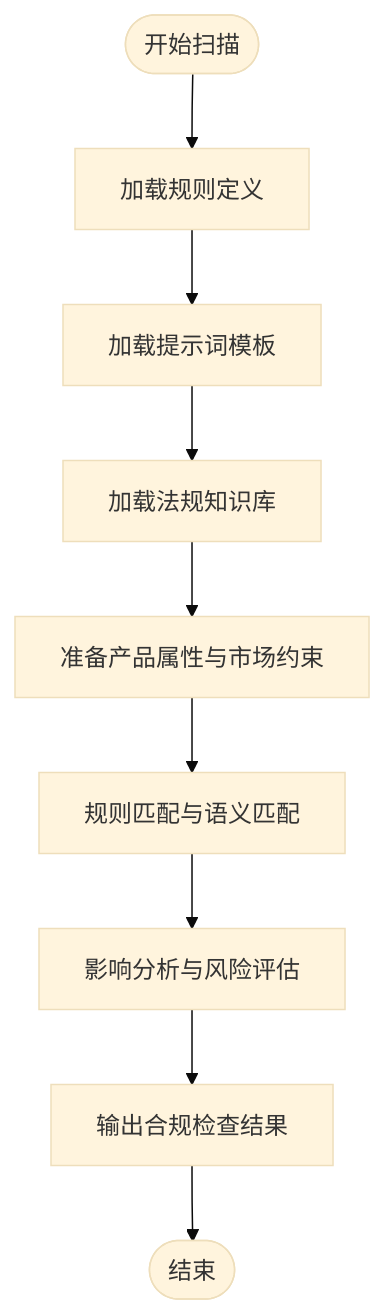
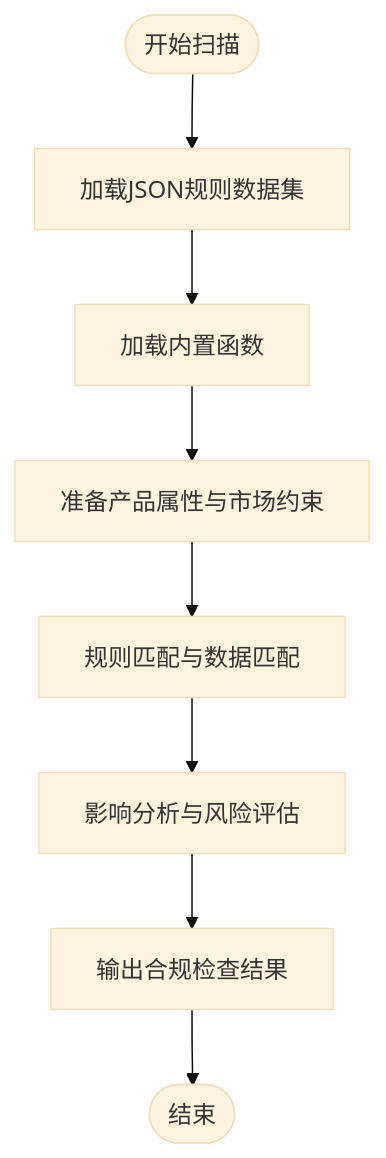
Before and after one commit to angledick/-: the fourth of 10 diagrams in .qoder/repowiki/zh/content/核心业务模块/合规检查系统/合规检查系统.md, drawn with Mermaid (base theme). The commit also changed other lines of this file and 770 other files, not shown here.

````diff
--- a/.qoder/repowiki/zh/content/核心业务模块/合规检查系统/合规检查系统.md
+++ b/.qoder/repowiki/zh/content/核心业务模块/合规检查系统/合规检查系统.md
@@ -151,11 +212,10 @@
 ```mermaid
 flowchart TD
-Start(["开始扫描"]) --> LoadRules["加载规则定义"]
-LoadRules --> LoadPrompt["加载提示词模板"]
-LoadPrompt --> LoadKB["加载法规知识库"]
-LoadKB --> PrepareInput["准备产品属性与市场约束"]
-PrepareInput --> Match["规则匹配与语义匹配"]
+Start(["开始扫描"]) --> LoadData["加载JSON规则数据集"]
+LoadData --> LoadFunctions["加载内置函数"]
+LoadFunctions --> PrepareInput["准备产品属性与市场约束"]
+PrepareInput --> Match["规则匹配与数据匹配"]
 Match --> Analyze["影响分析与风险评估"]
 Analyze --> Output["输出合规检查结果"]
 Output --> End(["结束"])
 ```
````
